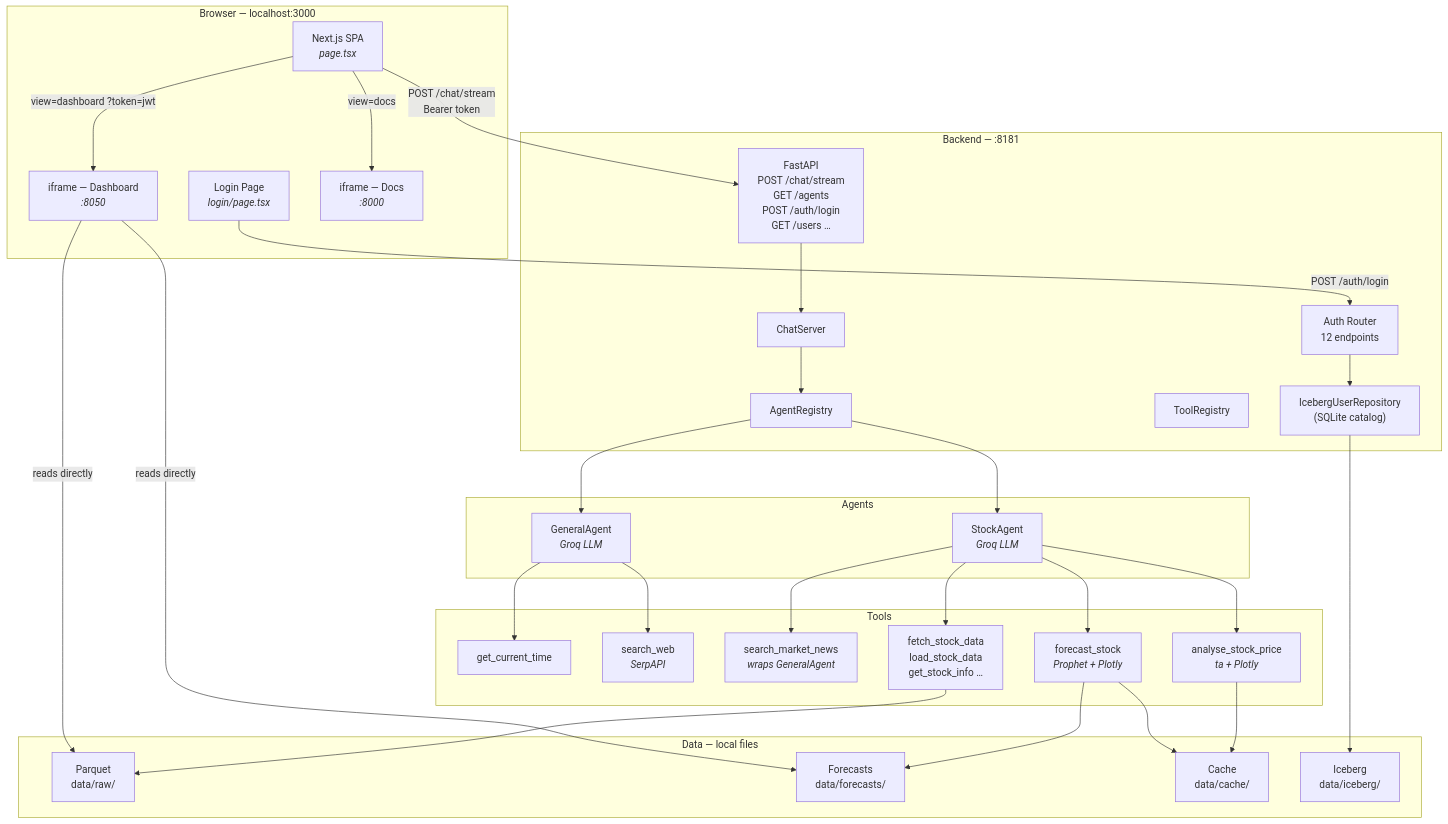
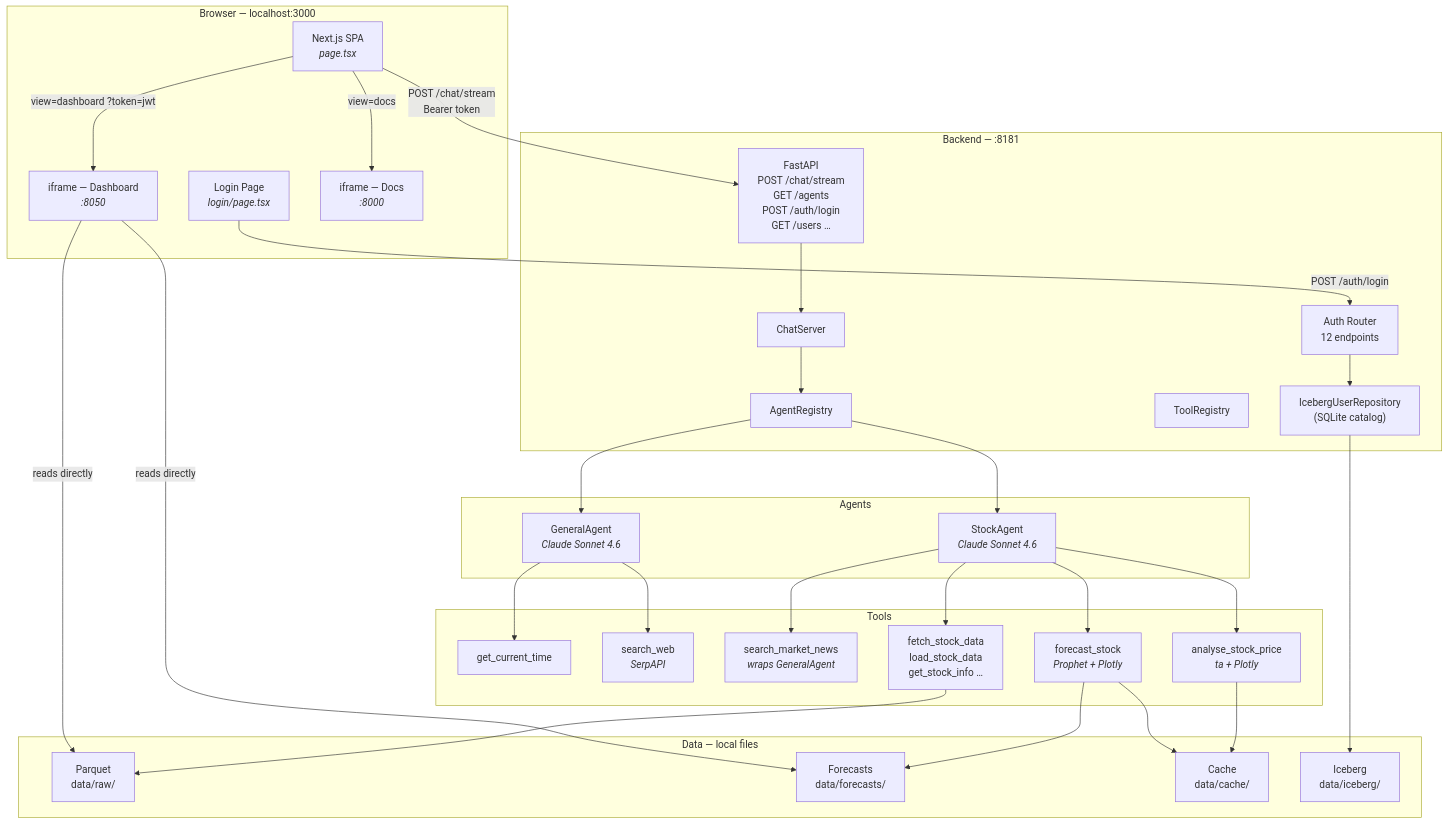
One commit to asequitytrading-design/ai-agent-ui changed the first of 4 diagrams in README.md. Above: the diagram before and after it, drawn with Mermaid. The commit also changed other lines of this file and 56 other files, not shown here.

````diff
--- a/README.md
+++ b/README.md
@@ -47,53 +47,53 @@
 ```mermaid
 graph TD
     subgraph Browser["Browser — localhost:3000"]
         UI["Next.js SPA<br/><i>page.tsx</i>"]
         Login["Login Page<br/><i>login/page.tsx</i>"]
         IF_DASH["iframe — Dashboard<br/><i>:8050</i>"]
         IF_DOCS["iframe — Docs<br/><i>:8000</i>"]
     end
 
     subgraph Backend["Backend — :8181"]
         API["FastAPI<br/>POST /chat/stream<br/>GET /agents<br/>POST /auth/login<br/>GET /users …"]
         CS["ChatServer"]
         AR["AgentRegistry"]
         TR["ToolRegistry"]
         AUTH["Auth Router<br/>12 endpoints"]
         ICE["IcebergUserRepository<br/>(SQLite catalog)"]
     end
 
     subgraph Agents["Agents"]
-        GA["GeneralAgent<br/><i>Groq LLM</i>"]
-        SA["StockAgent<br/><i>Groq LLM</i>"]
+        GA["GeneralAgent<br/><i>Claude Sonnet 4.6</i>"]
+        SA["StockAgent<br/><i>Claude Sonnet 4.6</i>"]
     end
 
     subgraph Tools["Tools"]
         T1["get_current_time"]
         T2["search_web<br/><i>SerpAPI</i>"]
         T3["search_market_news<br/><i>wraps GeneralAgent</i>"]
         T4["fetch_stock_data<br/>load_stock_data<br/>get_stock_info …"]
         T5["analyse_stock_price<br/><i>ta + Plotly</i>"]
         T6["forecast_stock<br/><i>Prophet + Plotly</i>"]
     end
 
     subgraph Data["Data — local files"]
         P["Parquet<br/>data/raw/"]
         F["Forecasts<br/>data/forecasts/"]
         C["Cache<br/>data/cache/"]
         IC["Iceberg<br/>data/iceberg/"]
     end
 
     Login -->|"POST /auth/login"| AUTH
     AUTH --> ICE --> IC
     UI -->|"POST /chat/stream<br/>Bearer token"| API
     API --> CS --> AR
     AR --> GA & SA
     GA --> T1 & T2
     SA --> T3 & T4 & T5 & T6
     T4 --> P
     T5 --> C
     T6 --> F & C
     IF_DASH -->|"reads directly"| P & F
     UI -->|"view=dashboard ?token=jwt"| IF_DASH
     UI -->|"view=docs"| IF_DOCS
 ```
````
